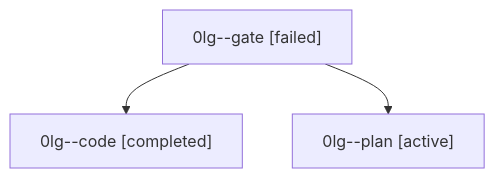
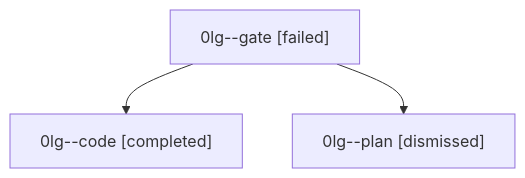
Before and after one commit to sase-org/sase--agents: the diagram in sessions/bbugyi200.athena.0lg.md, drawn with Mermaid. The commit also changed other lines of this file and 30 other files, not shown here.

````diff
--- a/sessions/bbugyi200.athena.0lg.md
+++ b/sessions/bbugyi200.athena.0lg.md
@@ -9,8 +9,8 @@
 ```mermaid
 flowchart TD
   n0["0lg--gate [failed]"]
   n1["0lg--code [completed]"]
   n0 --> n1
-  n2["0lg--plan [active]"]
+  n2["0lg--plan [dismissed]"]
   n0 --> n2
 ```
````
